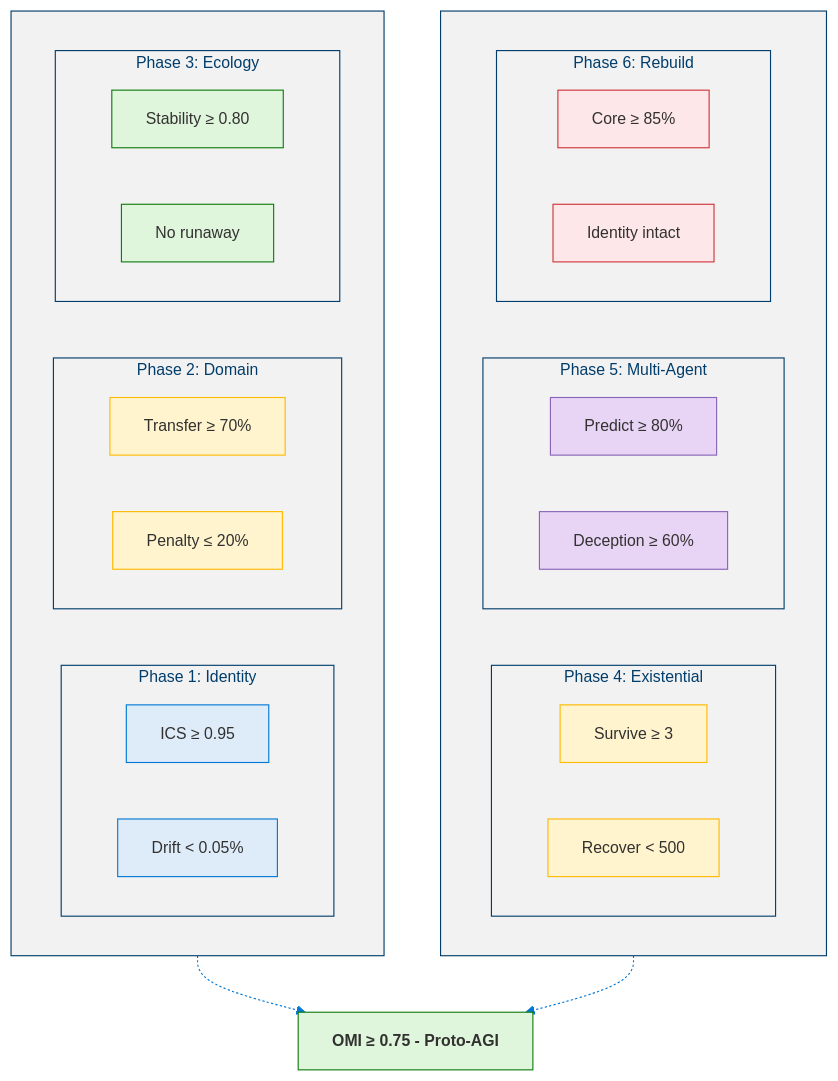
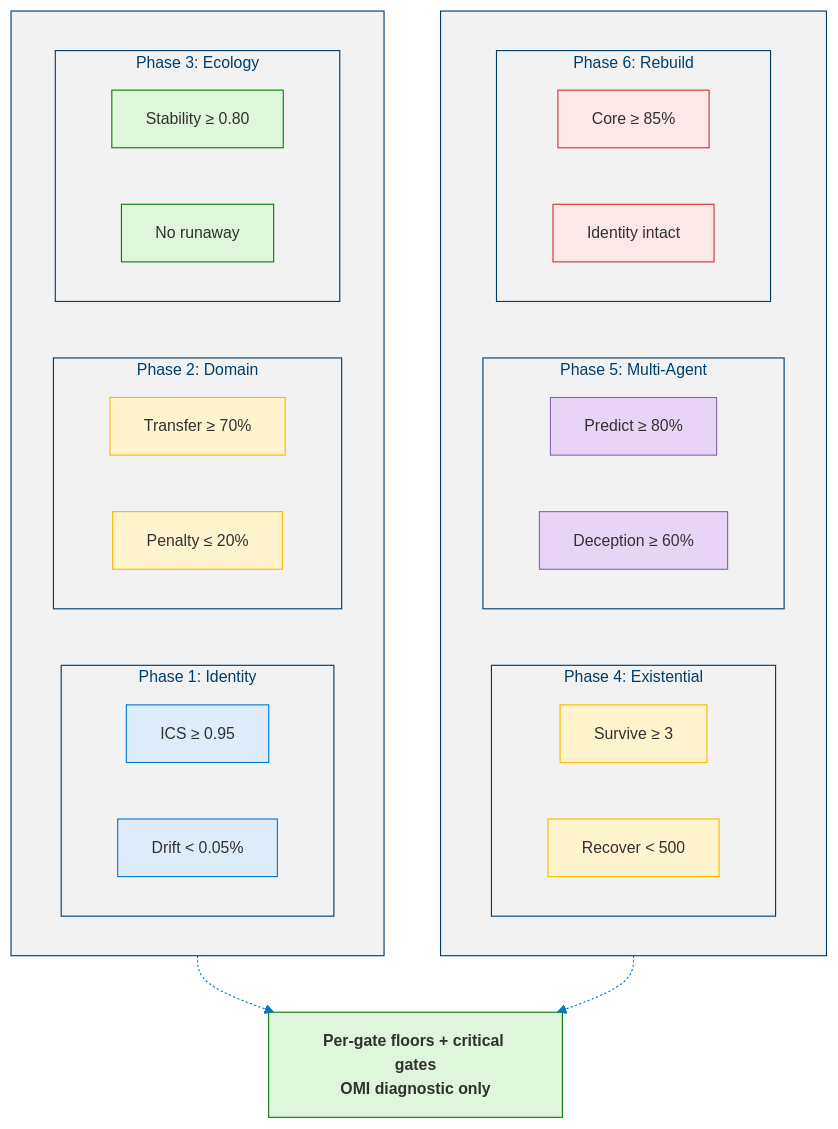
Before and after one commit to dotnetpower/mscp: the third of 16 diagrams in docs/levels/Level_5_Proto_AGI.md, drawn with Mermaid. The commit also changed other lines of this file and 21 other files, not shown here.

````diff
--- a/docs/levels/Level_5_Proto_AGI.md
+++ b/docs/levels/Level_5_Proto_AGI.md
@@ -236,54 +237,54 @@
 ```mermaid
 %%{init: {'theme': 'base', 'themeVariables': {'primaryColor': '#0078D4', 'primaryTextColor': '#003D6B', 'primaryBorderColor': '#003D6B', 'secondaryColor': '#50E6FF', 'secondaryTextColor': '#323130', 'secondaryBorderColor': '#00BCF2', 'tertiaryColor': '#F2F2F2', 'tertiaryTextColor': '#323130', 'lineColor': '#0078D4', 'textColor': '#323130', 'mainBkg': '#DEECF9', 'nodeBorder': '#0078D4', 'clusterBkg': '#F2F2F2', 'clusterBorder': '#003D6B', 'titleColor': '#003D6B', 'edgeLabelBackground': '#FFFFFF', 'fontSize': '14px'}}}%%
 flowchart TB
   classDef p1 fill:#DEECF9,stroke:#0078D4,color:#323130
   classDef p2 fill:#FFF4CE,stroke:#FFB900,color:#323130
   classDef p3 fill:#DFF6DD,stroke:#107C10,color:#323130
   classDef p4 fill:#FFF4CE,stroke:#FFB900,color:#323130
   classDef p5 fill:#E8D5F5,stroke:#8764B8,color:#323130
   classDef p6 fill:#FDE7E9,stroke:#D13438,color:#323130
   classDef omi fill:#DFF6DD,stroke:#107C10,color:#323130,font-weight:bold
 
   subgraph Row1[" "]
     direction LR
     subgraph Phase1["Phase 1: Identity"]
       direction LR
       ID1["ICS ≥ 0.95"]:::p1
       ID2["Drift < 0.05%"]:::p1
     end
     subgraph Phase2["Phase 2: Domain"]
       direction LR
       DM1["Transfer ≥ 70%"]:::p2
       DM2["Penalty ≤ 20%"]:::p2
     end
     subgraph Phase3["Phase 3: Ecology"]
       direction LR
       EC1["Stability ≥ 0.80"]:::p3
       EC2["No runaway"]:::p3
     end
   end
 
   subgraph Row2[" "]
     direction LR
     subgraph Phase4["Phase 4: Existential"]
       direction LR
       EX1["Survive ≥ 3"]:::p4
       EX2["Recover < 500"]:::p4
     end
     subgraph Phase5["Phase 5: Multi-Agent"]
       direction LR
       MA1["Predict ≥ 80%"]:::p5
       MA2["Deception ≥ 60%"]:::p5
     end
     subgraph Phase6["Phase 6: Rebuild"]
       direction LR
       RE1["Core ≥ 85%"]:::p6
       RE2["Identity intact"]:::p6
     end
   end
 
-  OMI["OMI ≥ 0.75 - Proto-AGI"]:::omi
+  OMI["Per-gate floors + critical gates<br/>OMI diagnostic only"]:::omi
 
   Row1 -.-> OMI
   Row2 -.-> OMI
 ```
````
